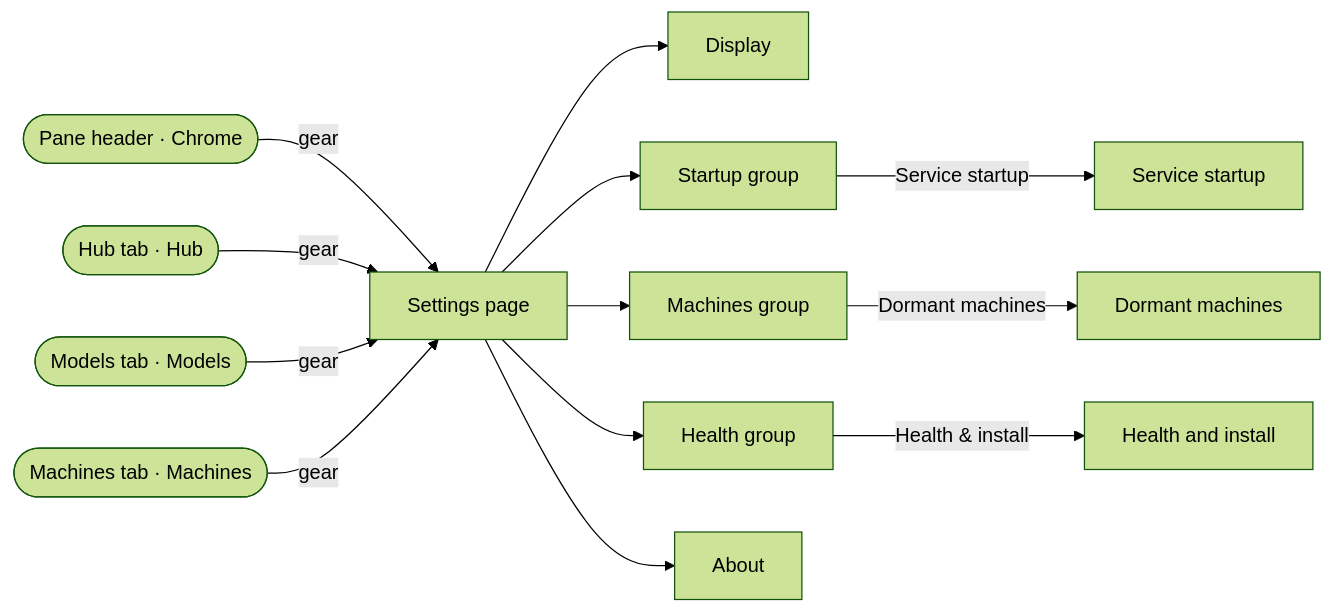
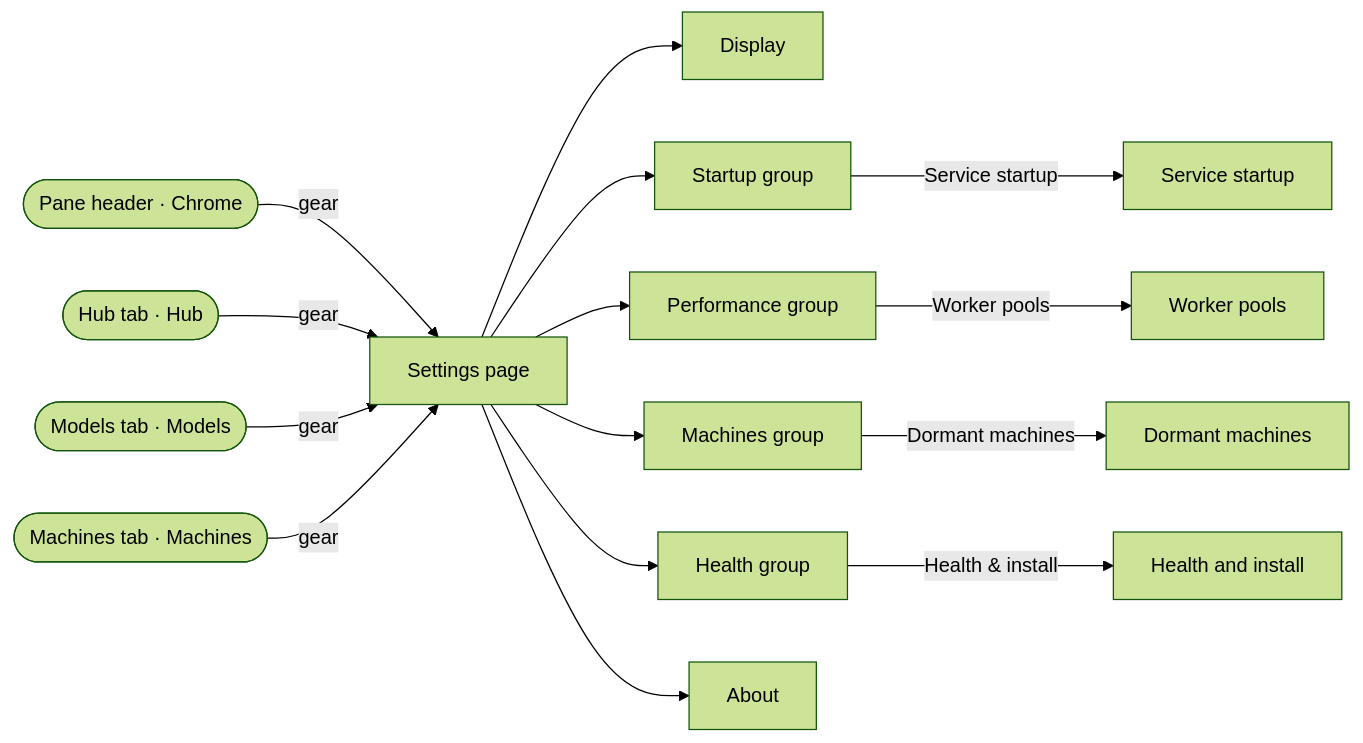
One commit to ferraroroberto/local-llm-hub changed the seventh of 8 diagrams in docs/ux-surface-map.md. Above: the diagram before and after it, drawn with Mermaid (forest theme). The commit also changed other lines of this file and 19 other files, not shown here.

````diff
--- a/docs/ux-surface-map.md
+++ b/docs/ux-surface-map.md
@@ -1265,28 +1265,32 @@
 ```mermaid
 flowchart LR
   s73["Settings page"]
   s74["Display"]
   s75["Startup group"]
   s76["Service startup"]
-  s77["Machines group"]
-  s78["Dormant machines"]
-  s79["Health group"]
-  s80["Health and install"]
-  s81["About"]
+  s77["Performance group"]
+  s78["Worker pools"]
+  s79["Machines group"]
+  s80["Dormant machines"]
+  s81["Health group"]
+  s82["Health and install"]
+  s83["About"]
   s1(["Pane header · Chrome"])
   s8(["Hub tab · Hub"])
   s20(["Models tab · Models"])
   s61(["Machines tab · Machines"])
   s1 -->|"gear"| s73
   s8 -->|"gear"| s73
   s20 -->|"gear"| s73
   s61 -->|"gear"| s73
   s73 --> s74
   s73 --> s75
   s73 --> s77
   s73 --> s79
   s73 --> s81
+  s73 --> s83
   s75 -->|"Service startup"| s76
-  s77 -->|"Dormant machines"| s78
-  s79 -->|"Health & install"| s80
+  s77 -->|"Worker pools"| s78
+  s79 -->|"Dormant machines"| s80
+  s81 -->|"Health & install"| s82
 ```
````
